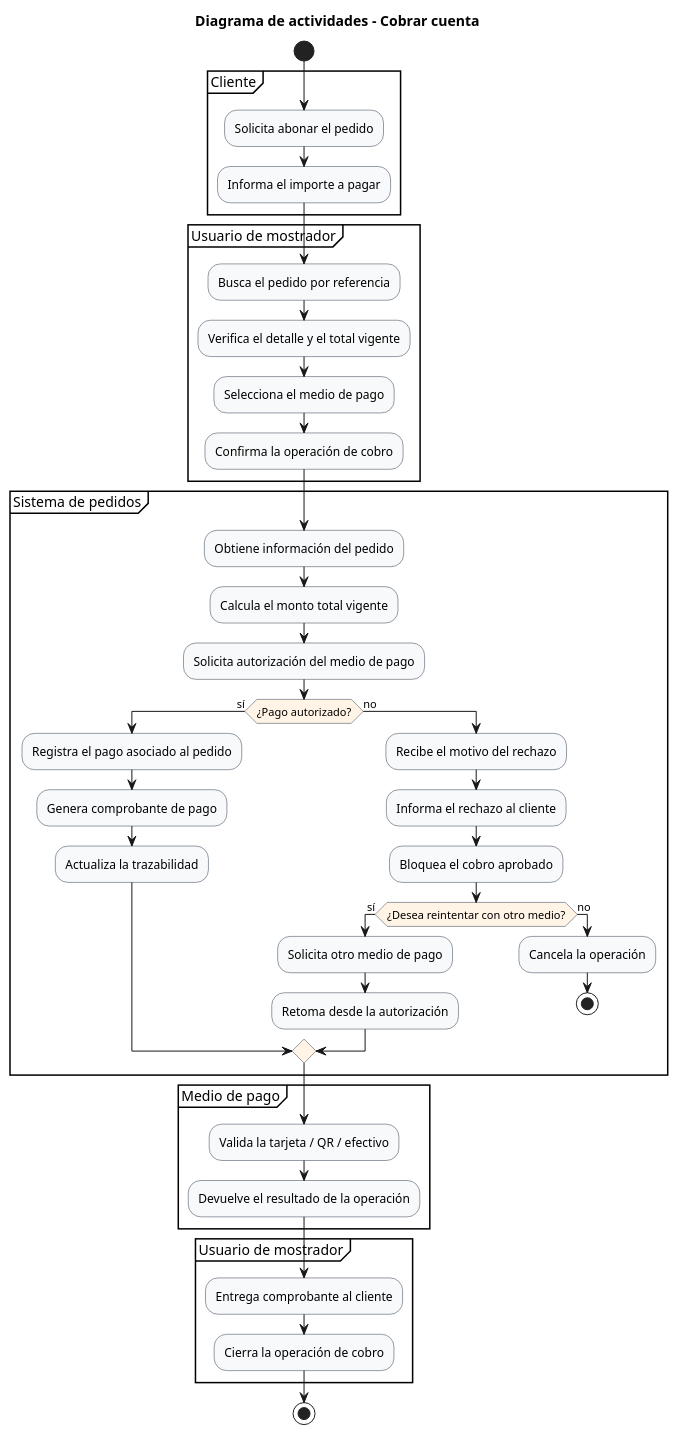
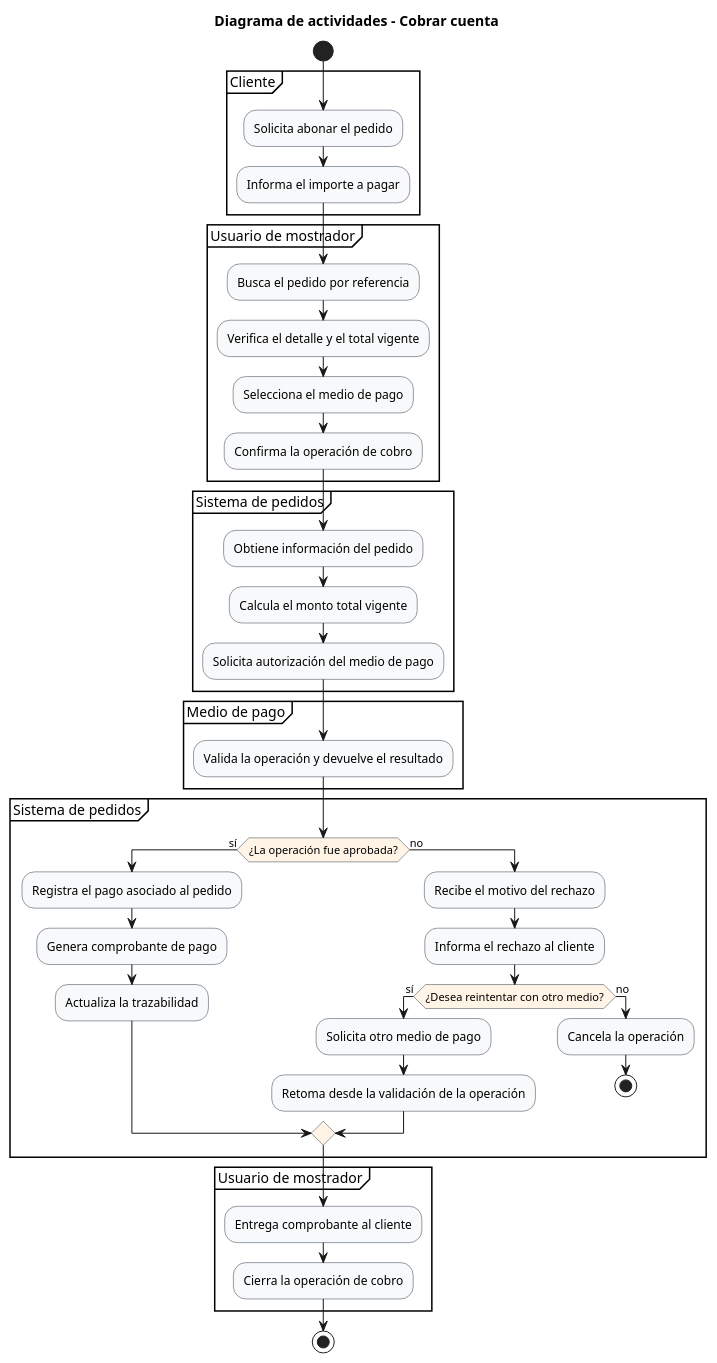
The diagram in diagramas/04-diagramas-actividades/04-actividad-cobrar-cuenta-04.puml (lucasmengarelli3/SistemaPedidos), drawn with PlantUML before and after one commit. The commit also changed 8 other files, not shown here.

```diff
--- a/diagramas/04-diagramas-actividades/04-actividad-cobrar-cuenta-04.puml
+++ b/diagramas/04-diagramas-actividades/04-actividad-cobrar-cuenta-04.puml
@@ -1,61 +1,62 @@
 @startuml
 !pragma useVerticalIf on
 skinparam shadowing false
 skinparam linetype ortho
 skinparam activity {
   BackgroundColor #F8F9FA
   BorderColor #2F3A4A
   DiamondBackgroundColor #FFF4E5
   DiamondBorderColor #2F3A4A
 }
 
 title Diagrama de actividades - Cobrar cuenta
 
 start
 
 partition "Cliente" {
   :Solicita abonar el pedido;
   :Informa el importe a pagar;
 }
 
 partition "Usuario de mostrador" {
   :Busca el pedido por referencia;
   :Verifica el detalle y el total vigente;
   :Selecciona el medio de pago;
   :Confirma la operación de cobro;
 }
 
 partition "Sistema de pedidos" {
   :Obtiene información del pedido;
   :Calcula el monto total vigente;
   :Solicita autorización del medio de pago;
-  if (¿Pago autorizado?) then (sí)
+}
+
+partition "Medio de pago" {
+  :Valida la operación y devuelve el resultado;
+}
+
+partition "Sistema de pedidos" {
+  if (¿La operación fue aprobada?) then (sí)
     :Registra el pago asociado al pedido;
     :Genera comprobante de pago;
     :Actualiza la trazabilidad;
   else (no)
     :Recibe el motivo del rechazo;
     :Informa el rechazo al cliente;
-    :Bloquea el cobro aprobado;
     if (¿Desea reintentar con otro medio?) then (sí)
       :Solicita otro medio de pago;
-      :Retoma desde la autorización;
+      :Retoma desde la validación de la operación;
     else (no)
       :Cancela la operación;
       stop
     endif
   endif
-}
-
-partition "Medio de pago" {
-  :Valida la tarjeta / QR / efectivo;
-  :Devuelve el resultado de la operación;
 }
 
 partition "Usuario de mostrador" {
   :Entrega comprobante al cliente;
   :Cierra la operación de cobro;
 }
 
 stop
 @enduml
```
